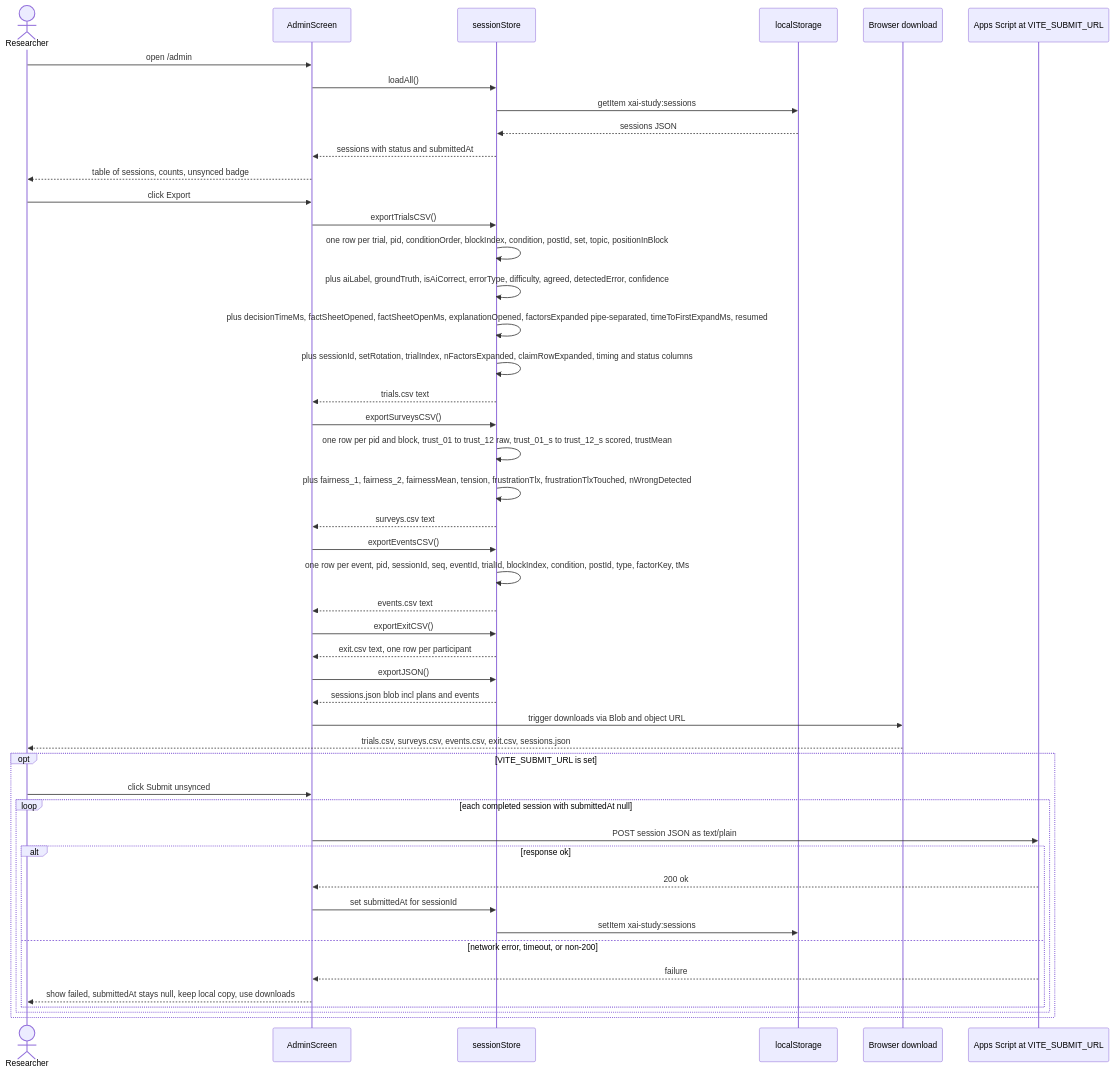
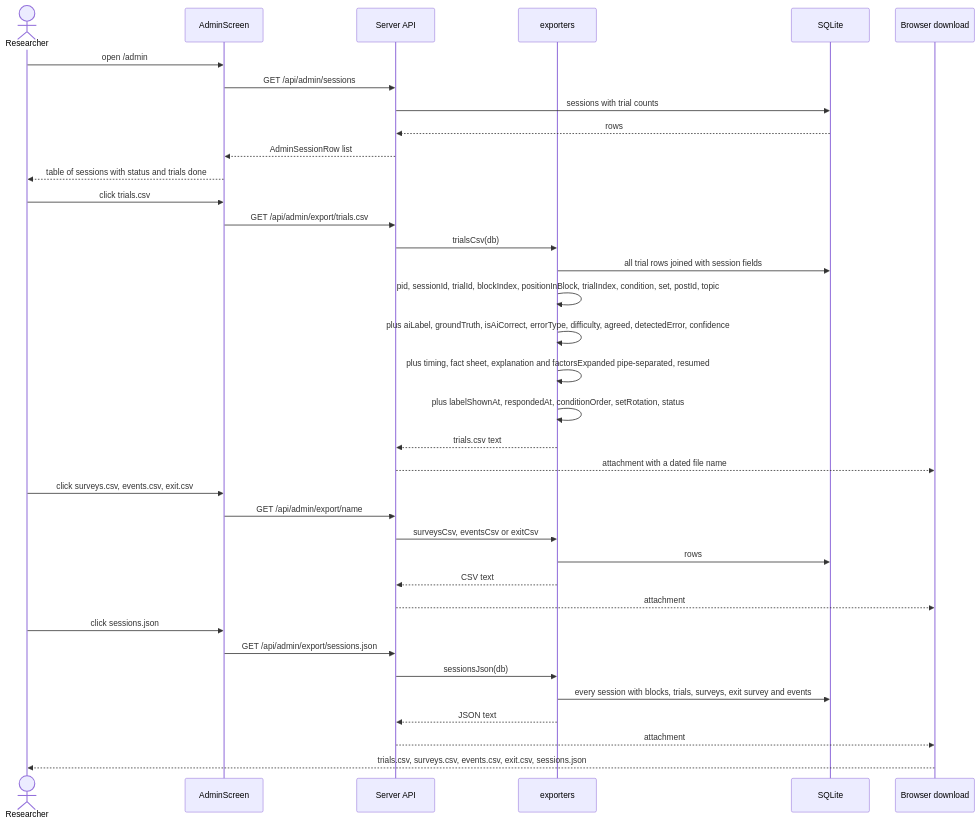
Diagram 11 of 12 in docs/sequence-diagrams.md (bibekgupta3333/HCI), drawn with Mermaid before and after one commit. The commit also changed other lines of this file and 87 other files, not shown here.

````diff
--- a/docs/sequence-diagrams.md
+++ b/docs/sequence-diagrams.md
@@ -561,50 +606,39 @@
 ```mermaid
 sequenceDiagram
     actor Researcher
     participant Admin as AdminScreen
-    participant SS as sessionStore
-    participant LS as localStorage
+    participant API as Server API
+    participant Exp as exporters
+    participant DB as SQLite
     participant Browser as Browser download
-    participant GAS as Apps Script at VITE_SUBMIT_URL
 
     Researcher->>Admin: open /admin
-    Admin->>SS: loadAll()
-    SS->>LS: getItem xai-study:sessions
-    LS-->>SS: sessions JSON
-    SS-->>Admin: sessions with status and submittedAt
-    Admin-->>Researcher: table of sessions, counts, unsynced badge
-    Researcher->>Admin: click Export
-    Admin->>SS: exportTrialsCSV()
-    SS->>SS: one row per trial, pid, conditionOrder, blockIndex, condition, postId, set, topic, positionInBlock
-    SS->>SS: plus aiLabel, groundTruth, isAiCorrect, errorType, difficulty, agreed, detectedError, confidence
-    SS->>SS: plus decisionTimeMs, factSheetOpened, factSheetOpenMs, explanationOpened, factorsExpanded pipe-separated, timeToFirstExpandMs, resumed
-    SS->>SS: plus sessionId, setRotation, trialIndex, nFactorsExpanded, claimRowExpanded, timing and status columns
-    SS-->>Admin: trials.csv text
-    Admin->>SS: exportSurveysCSV()
-    SS->>SS: one row per pid and block, trust_01 to trust_12 raw, trust_01_s to trust_12_s scored, trustMean
-    SS->>SS: plus fairness_1, fairness_2, fairnessMean, tension, frustrationTlx, frustrationTlxTouched, nWrongDetected
-    SS-->>Admin: surveys.csv text
-    Admin->>SS: exportEventsCSV()
-    SS->>SS: one row per event, pid, sessionId, seq, eventId, trialId, blockIndex, condition, postId, type, factorKey, tMs
-    SS-->>Admin: events.csv text
-    Admin->>SS: exportExitCSV()
-    SS-->>Admin: exit.csv text, one row per participant
-    Admin->>SS: exportJSON()
-    SS-->>Admin: sessions.json blob incl plans and events
-    Admin->>Browser: trigger downloads via Blob and object URL
+    Admin->>API: GET /api/admin/sessions
+    API->>DB: sessions with trial counts
+    DB-->>API: rows
+    API-->>Admin: AdminSessionRow list
+    Admin-->>Researcher: table of sessions with status and trials done
+    Researcher->>Admin: click trials.csv
+    Admin->>API: GET /api/admin/export/trials.csv
+    API->>Exp: trialsCsv(db)
+    Exp->>DB: all trial rows joined with session fields
+    Exp->>Exp: pid, sessionId, trialId, blockIndex, positionInBlock, trialIndex, condition, set, postId, topic
+    Exp->>Exp: plus aiLabel, groundTruth, isAiCorrect, errorType, difficulty, agreed, detectedError, confidence
+    Exp->>Exp: plus timing, fact sheet, explanation and factorsExpanded pipe-separated, resumed
+    Exp->>Exp: plus labelShownAt, respondedAt, conditionOrder, setRotation, status
+    Exp-->>API: trials.csv text
+    API-->>Browser: attachment with a dated file name
+    Researcher->>Admin: click surveys.csv, events.csv, exit.csv
+    Admin->>API: GET /api/admin/export/name
+    API->>Exp: surveysCsv, eventsCsv or exitCsv
+    Exp->>DB: rows
+    Exp-->>API: CSV text
+    API-->>Browser: attachment
+    Researcher->>Admin: click sessions.json
+    Admin->>API: GET /api/admin/export/sessions.json
+    API->>Exp: sessionsJson(db)
+    Exp->>DB: every session with blocks, trials, surveys, exit survey and events
+    Exp-->>API: JSON text
+    API-->>Browser: attachment
     Browser-->>Researcher: trials.csv, surveys.csv, events.csv, exit.csv, sessions.json
-    opt VITE_SUBMIT_URL is set
-        Researcher->>Admin: click Submit unsynced
-        loop each completed session with submittedAt null
-            Admin->>GAS: POST session JSON as text/plain
-            alt response ok
-                GAS-->>Admin: 200 ok
-                Admin->>SS: set submittedAt for sessionId
-                SS->>LS: setItem xai-study:sessions
-            else network error, timeout, or non-200
-                GAS-->>Admin: failure
-                Admin-->>Researcher: show failed, submittedAt stays null, keep local copy, use downloads
-            end
-        end
-    end
 ```
````
